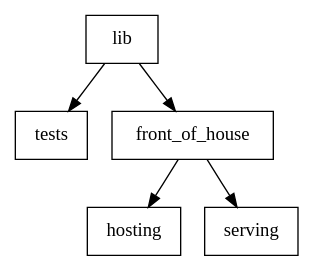
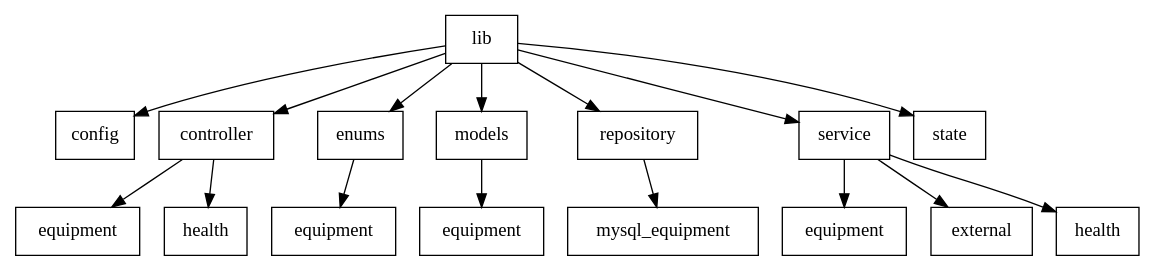
The diagram in modules.dot (maxmallz/restaurants), drawn with Graphviz before and after one commit. The commit also changed 12 other files, not shown here.

```diff
--- a/modules.dot
+++ b/modules.dot
@@ -1,12 +1,34 @@
 digraph packages {
   node [shape=box];
   n1 [label="lib"];
-  n2 [label="tests"];
+  n2 [label="config"];
   n1 -> n2;
-  n3 [label="front_of_house"];
+  n3 [label="controller"];
   n1 -> n3;
-  n4 [label="hosting"];
+  n4 [label="equipment"];
   n3 -> n4;
-  n5 [label="serving"];
+  n5 [label="health"];
   n3 -> n5;
+  n6 [label="enums"];
+  n1 -> n6;
+  n7 [label="equipment"];
+  n6 -> n7;
+  n8 [label="models"];
+  n1 -> n8;
+  n9 [label="equipment"];
+  n8 -> n9;
+  n10 [label="repository"];
+  n1 -> n10;
+  n11 [label="mysql_equipment"];
+  n10 -> n11;
+  n12 [label="service"];
+  n1 -> n12;
+  n13 [label="equipment"];
+  n12 -> n13;
+  n14 [label="external"];
+  n12 -> n14;
+  n15 [label="health"];
+  n12 -> n15;
+  n16 [label="state"];
+  n1 -> n16;
 }
```
